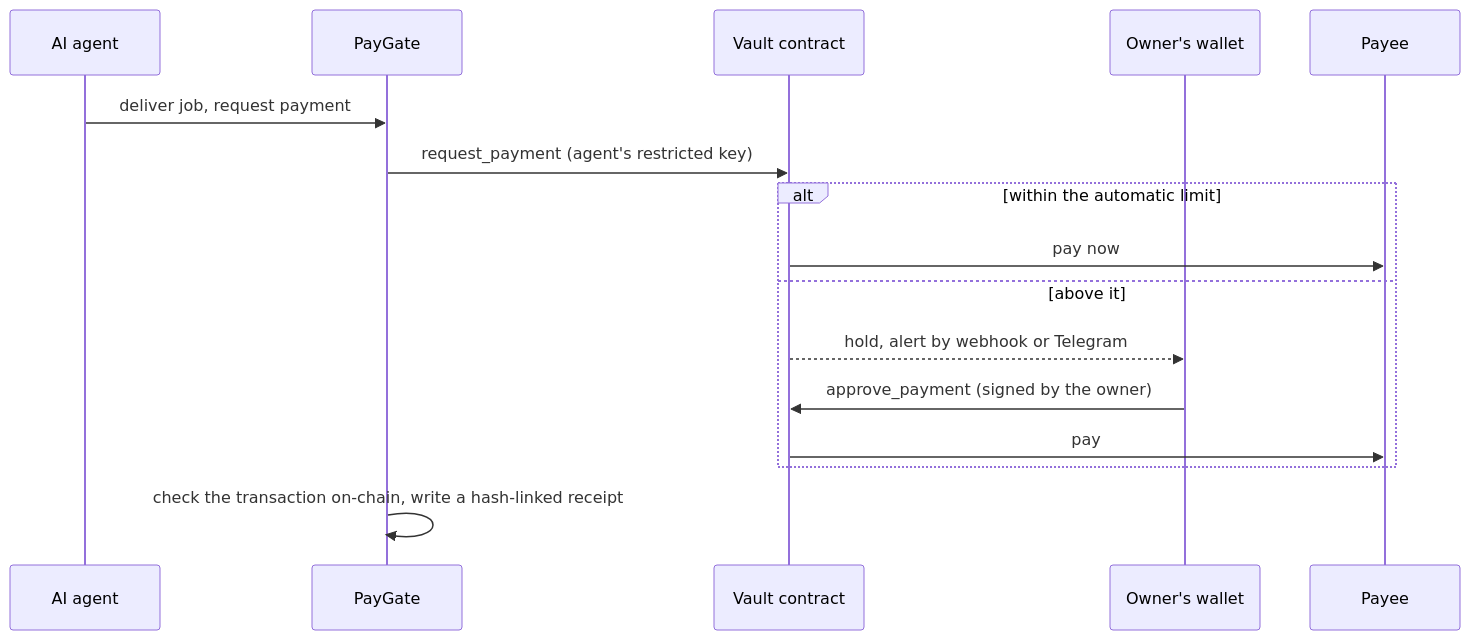
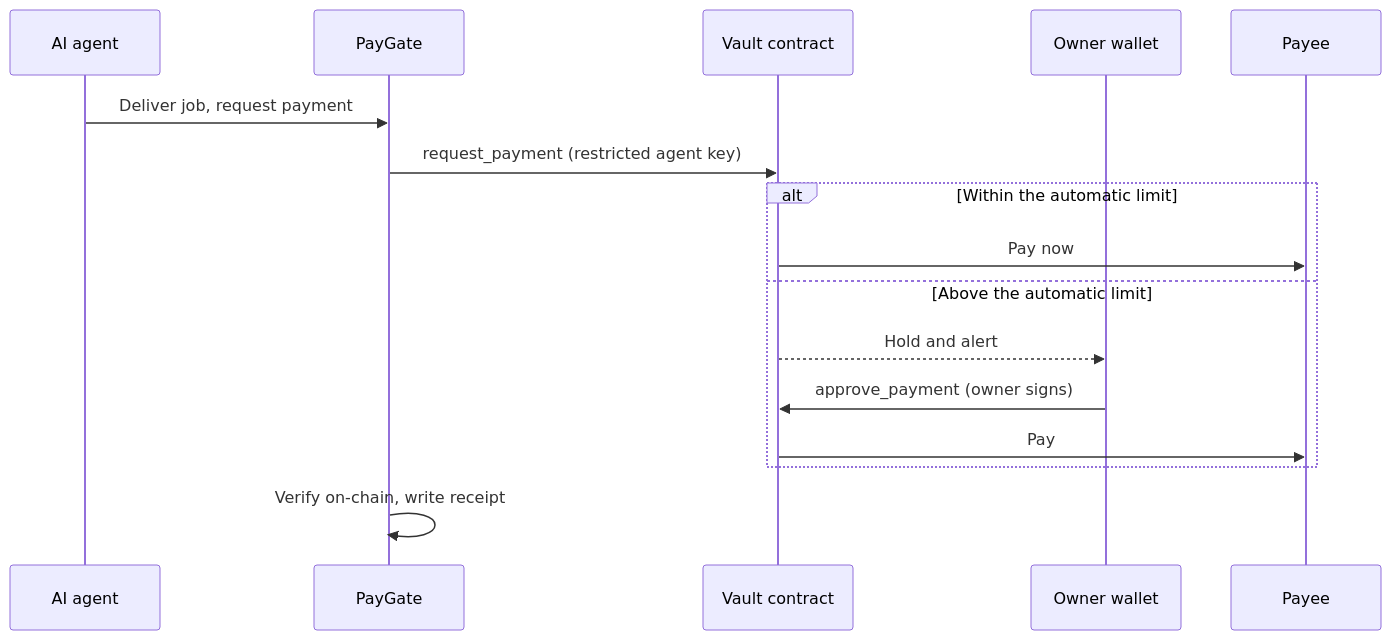
One commit to drained69/PayGate changed the first of 3 diagrams in README.md. Above: the diagram before and after it, drawn with Mermaid. The commit also changed other lines of this file and 27 other files, not shown here.

````diff
--- a/README.md
+++ b/README.md
@@ -78,18 +79,18 @@
 ```mermaid
 sequenceDiagram
   participant A as AI agent
   participant P as PayGate
   participant V as Vault contract
-  participant O as Owner's wallet
+  participant O as Owner wallet
   participant R as Payee
-  A->>P: deliver job, request payment
-  P->>V: request_payment (agent's restricted key)
-  alt within the automatic limit
-    V->>R: pay now
-  else above it
-    V-->>O: hold, alert by webhook or Telegram
-    O->>V: approve_payment (signed by the owner)
-    V->>R: pay
+  A->>P: Deliver job, request payment
+  P->>V: request_payment (restricted agent key)
+  alt Within the automatic limit
+    V->>R: Pay now
+  else Above the automatic limit
+    V-->>O: Hold and alert
+    O->>V: approve_payment (owner signs)
+    V->>R: Pay
   end
-  P->>P: check the transaction on-chain, write a hash-linked receipt
+  P->>P: Verify on-chain, write receipt
 ```
````
